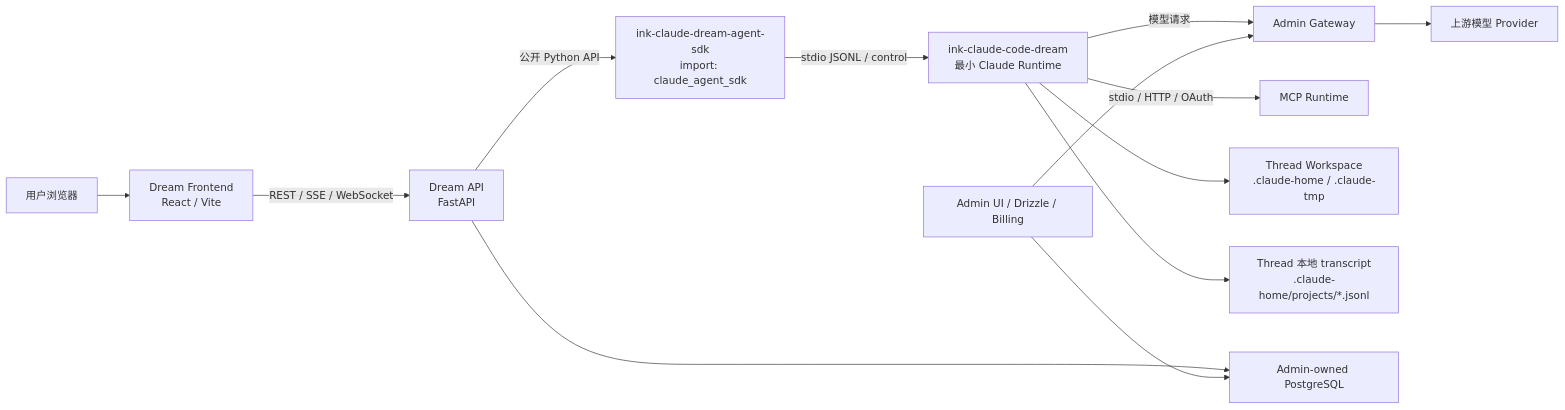
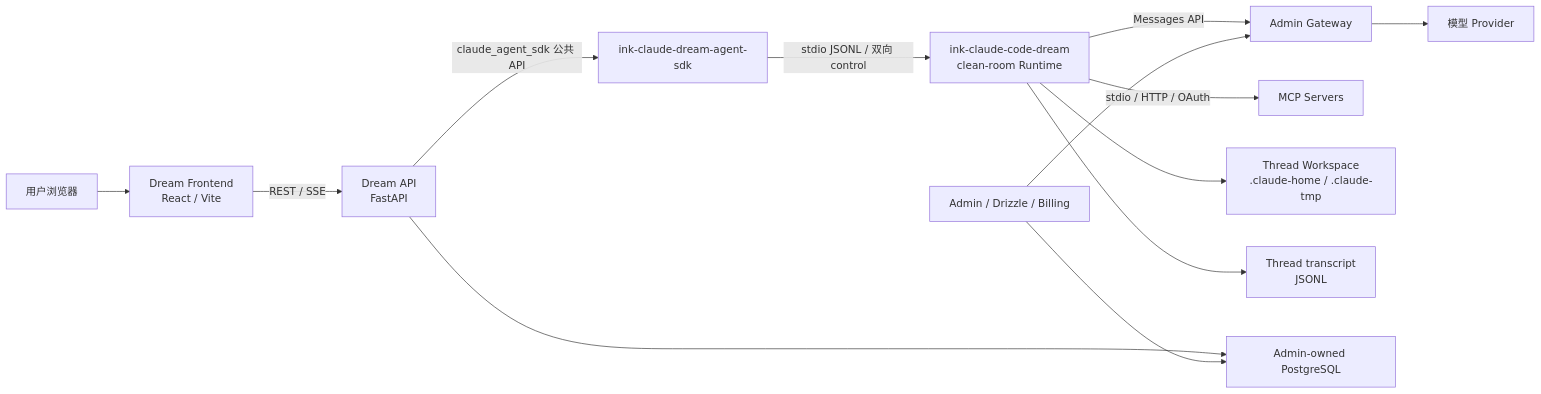
Before and after one commit to glide-the/im-dream: the first of 4 diagrams in docs/architecture/项目架构设计说明.md, drawn with Mermaid. The commit also changed other lines of this file and 17 other files, not shown here.

Commit message:
feat: adopt published Claude SDK and Runtime

````diff
--- a/docs/architecture/项目架构设计说明.md
+++ b/docs/architecture/项目架构设计说明.md
@@ -31,15 +30,15 @@
 ```mermaid
 flowchart LR
     U["用户浏览器"] --> FE["Dream Frontend<br/>React / Vite"]
-    FE -->|"REST / SSE / WebSocket"| API["Dream API<br/>FastAPI"]
-    API -->|"公开 Python API"| SDK["ink-claude-dream-agent-sdk<br/>import: claude_agent_sdk"]
-    SDK -->|"stdio JSONL / control"| RT["ink-claude-code-dream<br/>最小 Claude Runtime"]
-    RT -->|"模型请求"| GW["Admin Gateway"]
-    RT -->|"stdio / HTTP / OAuth"| MCP["MCP Runtime"]
+    FE -->|"REST / SSE"| API["Dream API<br/>FastAPI"]
+    API -->|"claude_agent_sdk 公共 API"| SDK["ink-claude-dream-agent-sdk"]
+    SDK -->|"stdio JSONL / 双向 control"| RT["ink-claude-code-dream<br/>clean-room Runtime"]
+    RT -->|"Messages API"| GW["Admin Gateway"]
+    RT -->|"stdio / HTTP / OAuth"| MCP["MCP Servers"]
     RT --> WS["Thread Workspace<br/>.claude-home / .claude-tmp"]
-    RT --> TS["Thread 本地 transcript<br/>.claude-home/projects/*.jsonl"]
+    RT --> TS["Thread transcript<br/>JSONL"]
     API --> PG["Admin-owned PostgreSQL"]
-    ADMIN["Admin UI / Drizzle / Billing"] --> PG
+    ADMIN["Admin / Drizzle / Billing"] --> PG
     ADMIN --> GW
-    GW --> PROVIDER["上游模型 Provider"]
+    GW --> PROVIDER["模型 Provider"]
 ```
````
